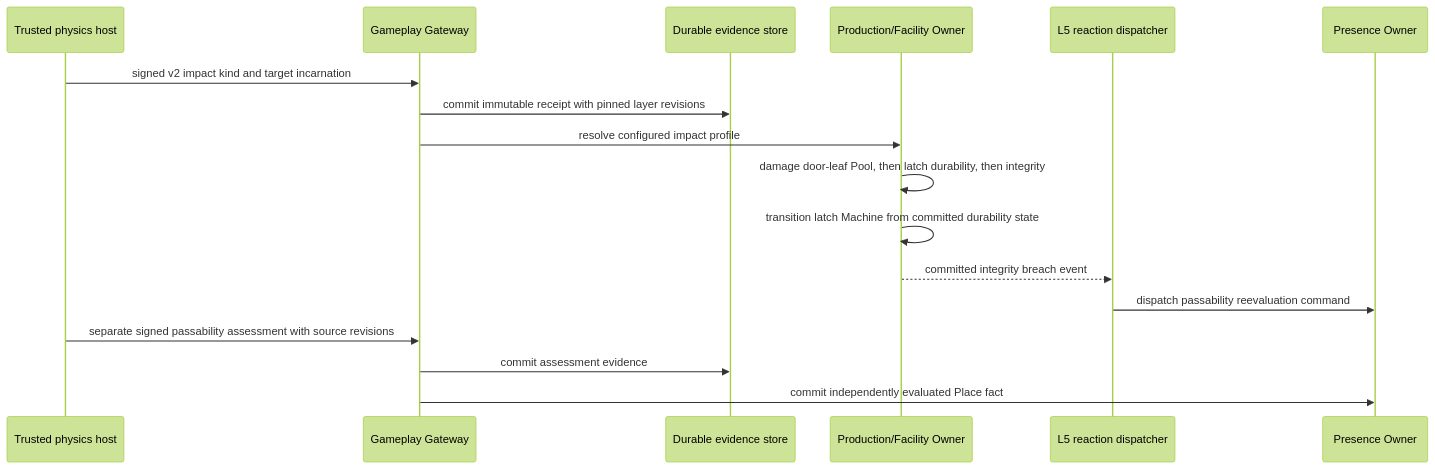
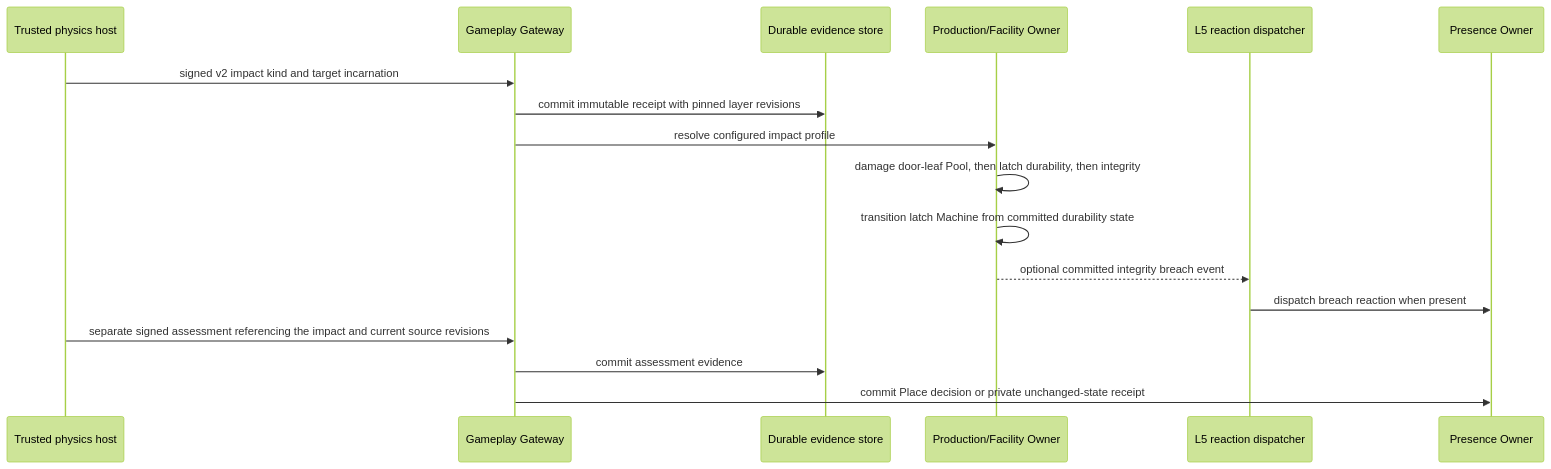
One commit to Dancing-coin/Paralls-phase0-1 changed the second of 3 diagrams in docs/superpowers/specs/2026-11-24-m6-5-impact-gate-layered-execution-design.md. Above: the diagram before and after it, drawn with Mermaid (forest theme). The commit also changed other lines of this file and 15 other files, not shown here.

First line of the commit message:
feat(siege): assess presence for every signed gate impact

````diff
--- a/docs/superpowers/specs/2026-11-24-m6-5-impact-gate-layered-execution-design.md
+++ b/docs/superpowers/specs/2026-11-24-m6-5-impact-gate-layered-execution-design.md
@@ -58,19 +59,19 @@
 ```mermaid
 sequenceDiagram
   participant UE as Trusted physics host
   participant GW as Gameplay Gateway
   participant E as Durable evidence store
   participant F as Production/Facility Owner
   participant L5 as L5 reaction dispatcher
   participant P as Presence Owner
   UE->>GW: signed v2 impact kind and target incarnation
   GW->>E: commit immutable receipt with pinned layer revisions
   GW->>F: resolve configured impact profile
   F->>F: damage door-leaf Pool, then latch durability, then integrity
   F->>F: transition latch Machine from committed durability state
-  F-->>L5: committed integrity breach event
-  L5->>P: dispatch passability reevaluation command
-  UE->>GW: separate signed passability assessment with source revisions
+  F-->>L5: optional committed integrity breach event
+  L5->>P: dispatch breach reaction when present
+  UE->>GW: separate signed assessment referencing the impact and current source revisions
   GW->>E: commit assessment evidence
-  GW->>P: commit independently evaluated Place fact
+  GW->>P: commit Place decision or private unchanged-state receipt
 ```
````
